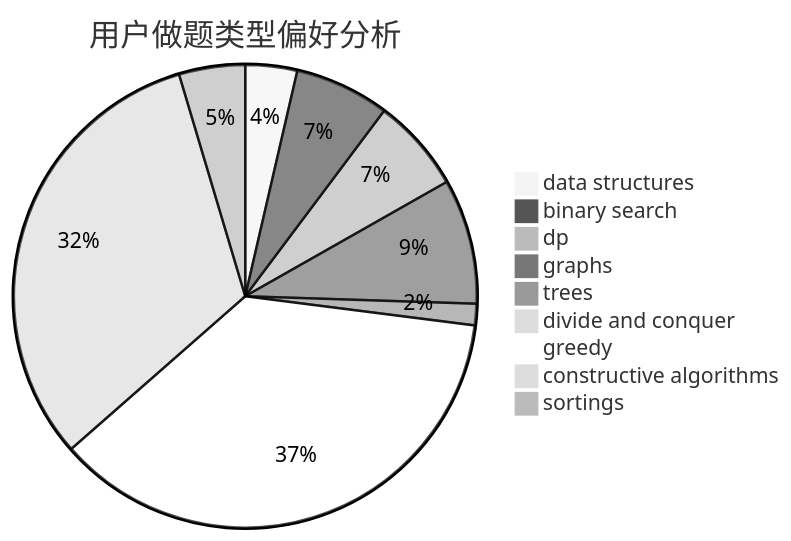
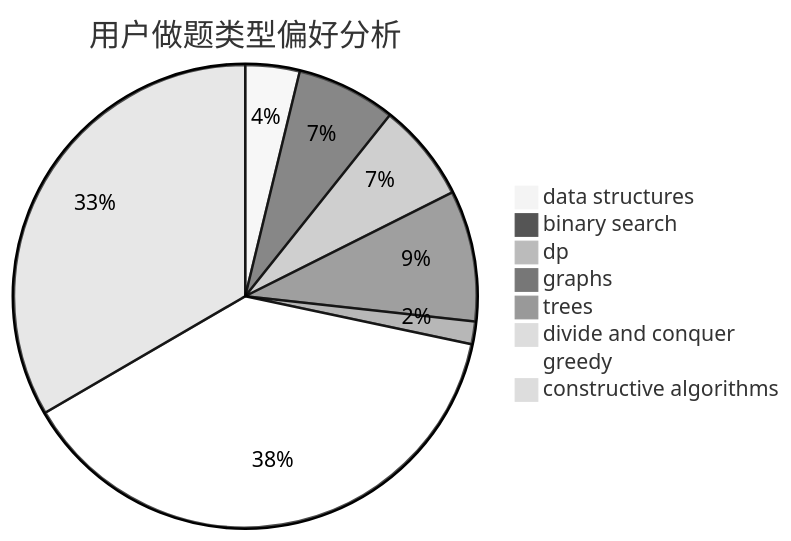
One commit to sherpahu/cfrs.github.io changed the second of 3 diagrams in docs/user/u1715.md. Above: the diagram before and after it, drawn with Mermaid (neutral theme). The commit also changed other lines of this file and 2769 other files, not shown here.

````diff
--- a/docs/user/u1715.md
+++ b/docs/user/u1715.md
@@ -18,12 +18,11 @@
 ```mermaid
 pie title 用户做题类型偏好分析
     "data structures" :  65
     "binary search" :  119
     "dp" :  118
     "graphs" :  157
     "trees" :  27
     "divide and conquer" :  0
     "greedy" :  657
     "constructive algorithms" :  573
-    "sortings" :  83
 ```
````
